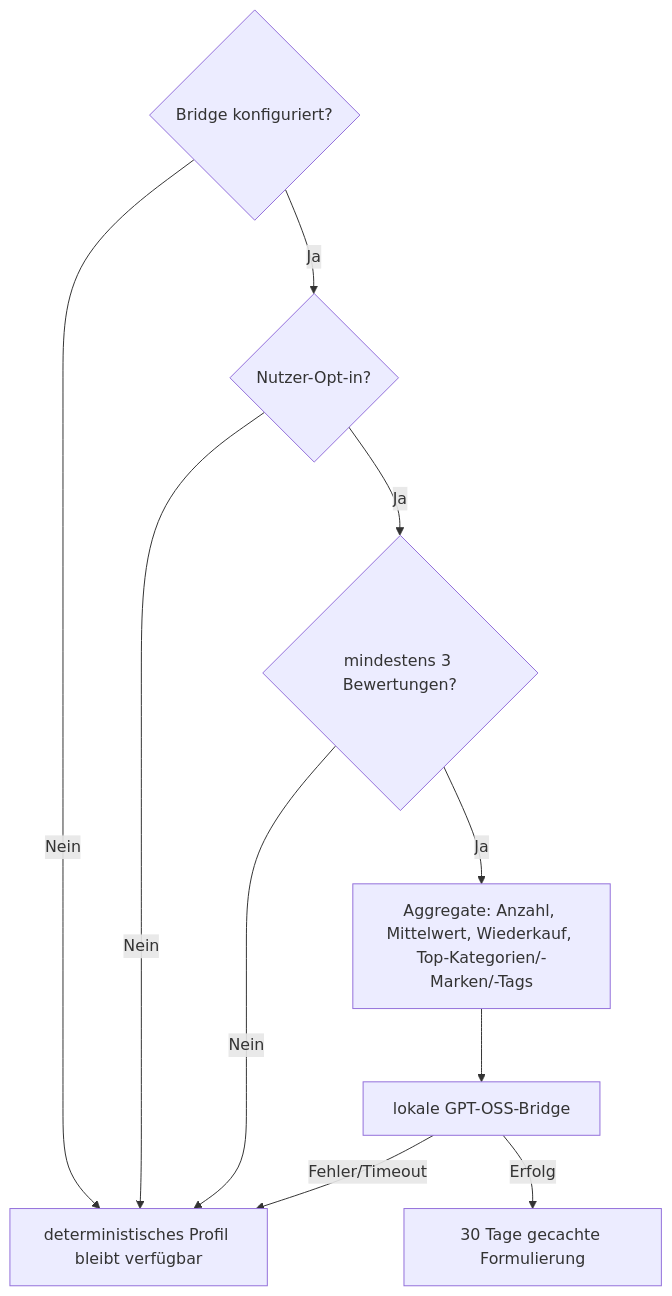
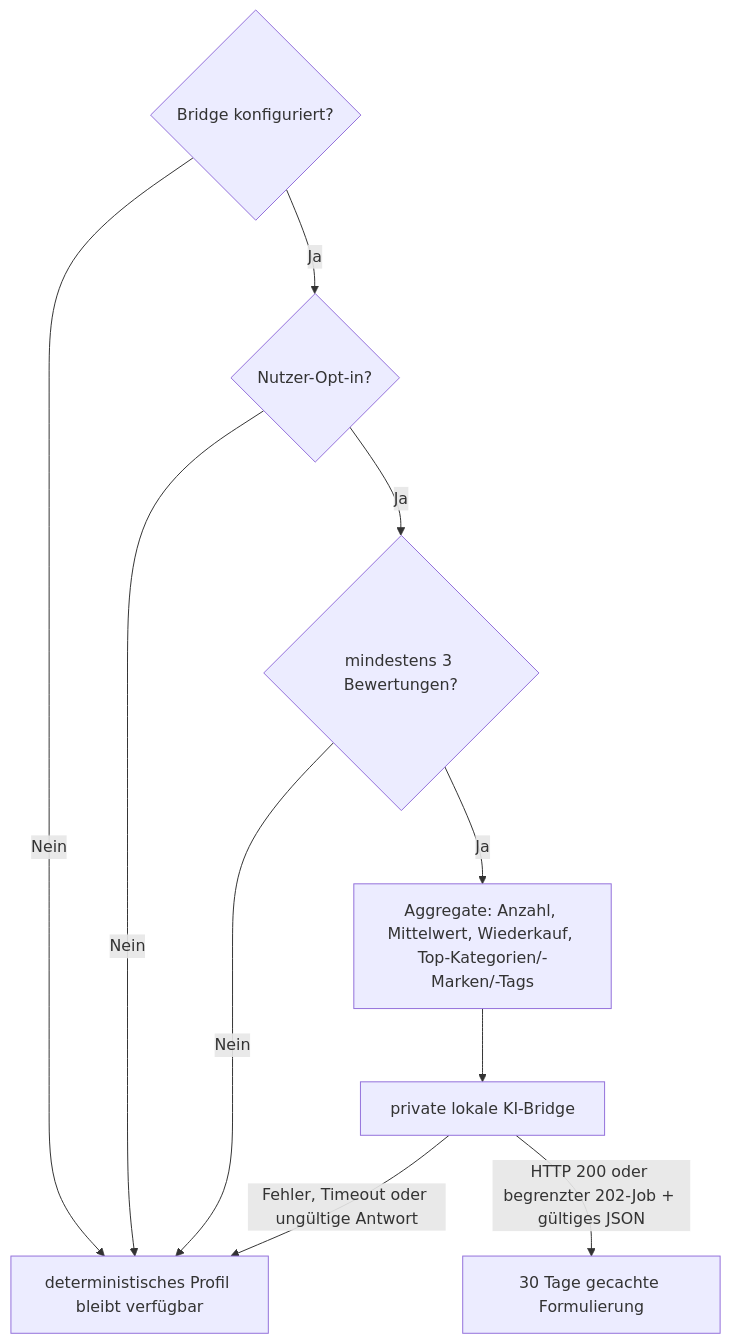
One commit to julianneumann88-star/snackquest changed the diagram in docs/LOCAL_AI.md. Above: the diagram before and after it, drawn with Mermaid. The commit also changed other lines of this file and 10 other files, not shown here.

````diff
--- a/docs/LOCAL_AI.md
+++ b/docs/LOCAL_AI.md
@@ -5,12 +5,12 @@
 ```mermaid
 flowchart TD
   A{"Bridge konfiguriert?"} -- Nein --> D["deterministisches Profil bleibt verfügbar"]
   A -- Ja --> O{"Nutzer-Opt-in?"}
   O -- Nein --> D
   O -- Ja --> R{"mindestens 3 Bewertungen?"}
   R -- Nein --> D
   R -- Ja --> G["Aggregate: Anzahl, Mittelwert, Wiederkauf, Top-Kategorien/-Marken/-Tags"]
-  G --> L["lokale GPT-OSS-Bridge"]
-  L -->|Erfolg| C["30 Tage gecachte Formulierung"]
-  L -->|Fehler/Timeout| D
+  G --> L["private lokale KI-Bridge"]
+  L -->|"HTTP 200 oder begrenzter 202-Job + gültiges JSON"| C["30 Tage gecachte Formulierung"]
+  L -->|"Fehler, Timeout oder ungültige Antwort"| D
 ```
````
